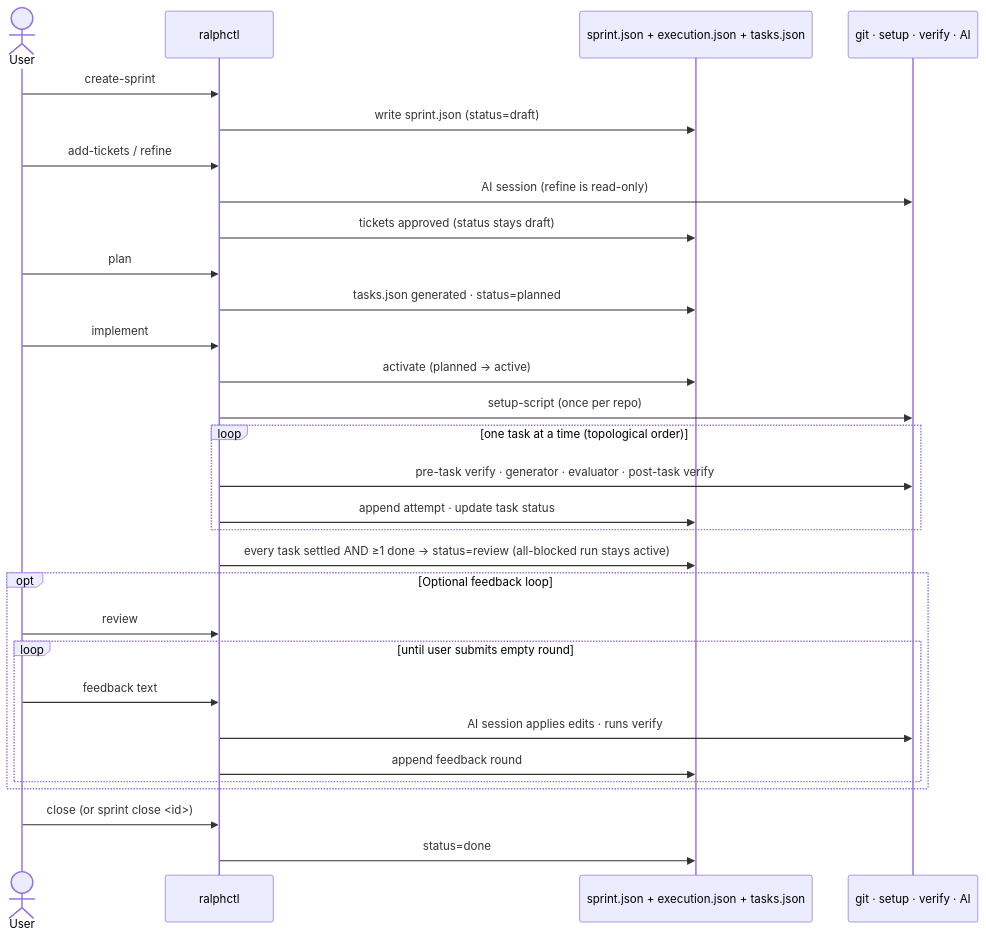
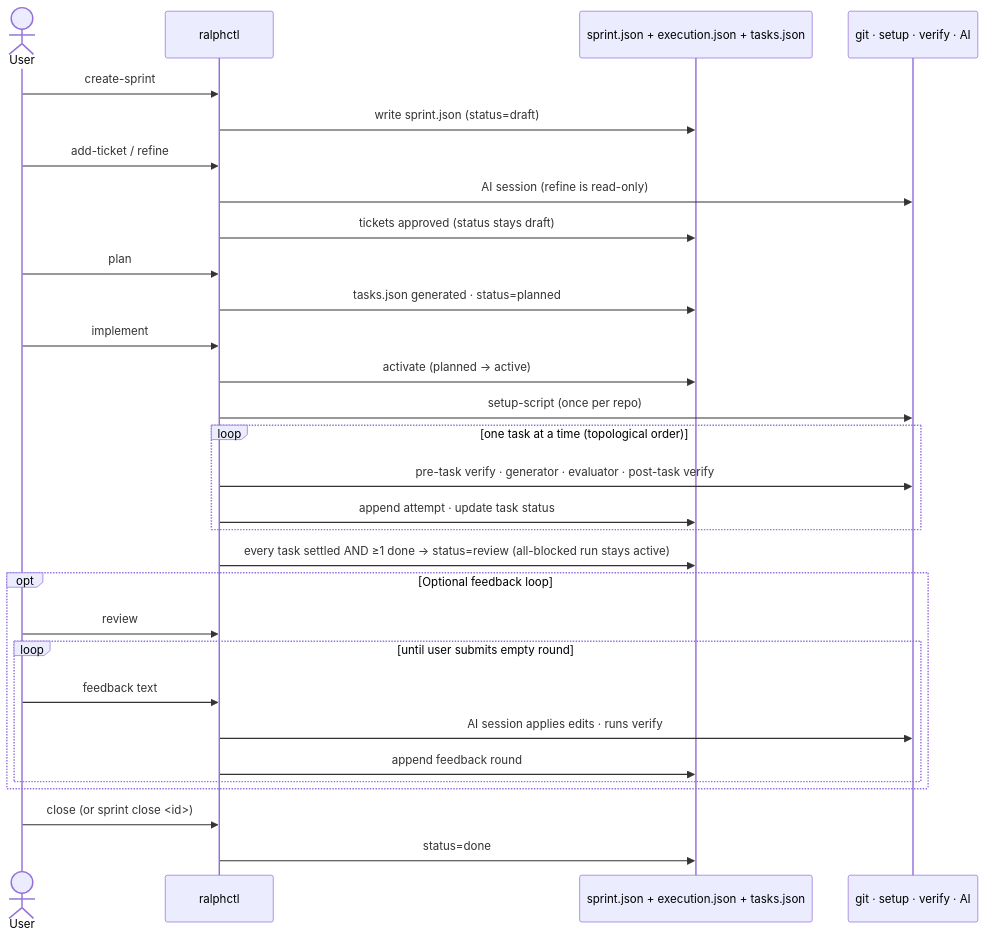
Before and after one commit to lukas-grigis/ralphctl: the diagram in .claude/docs/diagrams/02-sprint-lifecycle.md, drawn with Mermaid. The commit also changed 25 other files, not shown here.

````diff
--- a/.claude/docs/diagrams/02-sprint-lifecycle.md
+++ b/.claude/docs/diagrams/02-sprint-lifecycle.md
@@ -10,40 +10,40 @@
 ```mermaid
 sequenceDiagram
     actor User
     participant CLI as ralphctl
     participant Sprint as sprint.json + execution.json + tasks.json
     participant Tools as git · setup · verify · AI
 
     User->>CLI: create-sprint
     CLI->>Sprint: write sprint.json (status=draft)
 
-    User->>CLI: add-tickets / refine
+    User->>CLI: add-ticket / refine
     CLI->>Tools: AI session (refine is read-only)
     CLI->>Sprint: tickets approved (status stays draft)
 
     User->>CLI: plan
     CLI->>Sprint: tasks.json generated · status=planned
 
     User->>CLI: implement
     CLI->>Sprint: activate (planned → active)
     CLI->>Tools: setup-script (once per repo)
 
     loop one task at a time (topological order)
         CLI->>Tools: pre-task verify · generator · evaluator · post-task verify
         CLI->>Sprint: append attempt · update task status
     end
 
     CLI->>Sprint: every task settled AND ≥1 done → status=review (all-blocked run stays active)
 
     opt Optional feedback loop
         User->>CLI: review
         loop until user submits empty round
             User->>CLI: feedback text
             CLI->>Tools: AI session applies edits · runs verify
             CLI->>Sprint: append feedback round
         end
     end
 
     User->>CLI: close (or sprint close <id>)
     CLI->>Sprint: status=done
 ```
````
